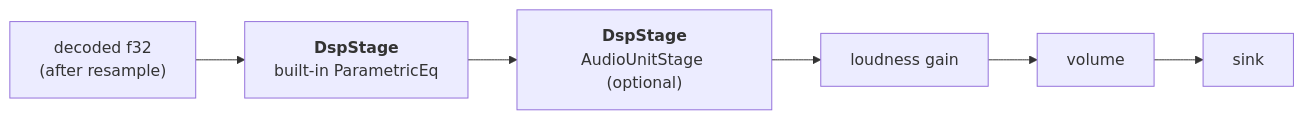
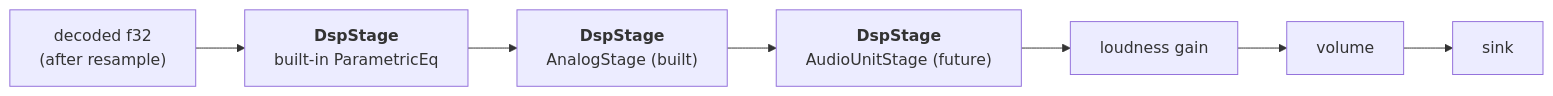
One commit to ksuayan/kahawai changed the third of 3 diagrams in EQ.md. Above: the diagram before and after it, drawn with Mermaid. The commit also changed other lines of this file and 9 other files, not shown here.

````diff
--- a/EQ.md
+++ b/EQ.md
@@ -192,8 +195,9 @@
 ```mermaid
 flowchart LR
     pcm["decoded f32<br/>(after resample)"] --> stage1["<b>DspStage</b><br/>built-in ParametricEq"]
-    stage1 --> stage2["<b>DspStage</b><br/>AudioUnitStage (optional)"]
-    stage2 --> loud["loudness gain"]
+    stage1 --> stage2["<b>DspStage</b><br/>AnalogStage (built)"]
+    stage2 --> stage3["<b>DspStage</b><br/>AudioUnitStage (future)"]
+    stage3 --> loud["loudness gain"]
     loud --> vol["volume"]
     vol --> sink["sink"]
 ```
````
